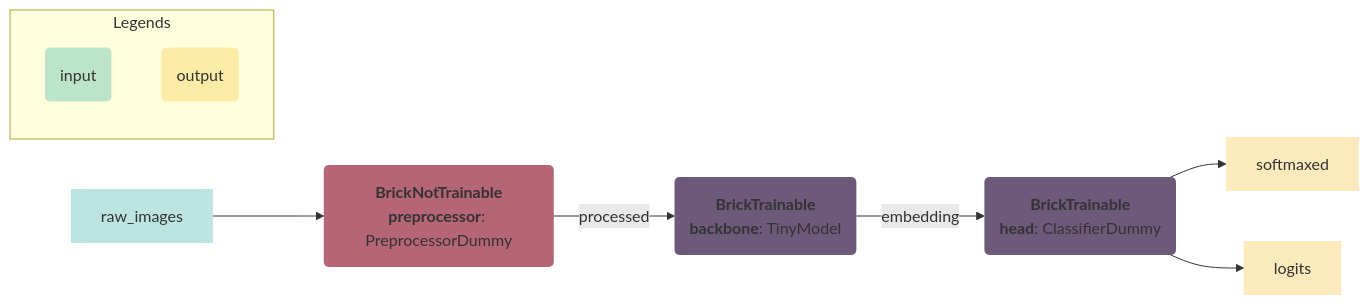
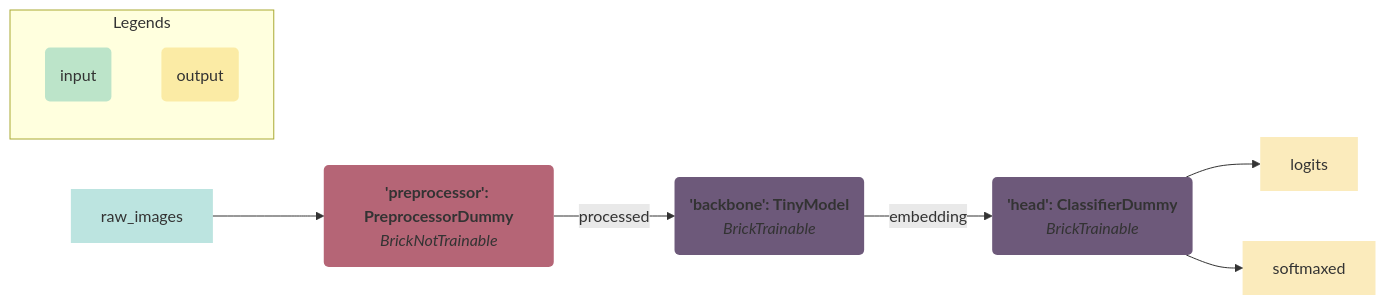
Before and after one commit to pete-machine/torchbricks: the first of 4 diagrams in README.md, drawn with Mermaid. The commit also changed other lines of this file and 7 other files, not shown here.

````diff
--- a/README.md
+++ b/README.md
@@ -111,29 +115,29 @@
 ```mermaid
 flowchart LR
     %% Brick definitions
-    preprocessor("<strong>BrickNotTrainable</strong><br><strong>preprocessor</strong>: PreprocessorDummy"):::BrickNotTrainable
-    backbone("<strong>BrickTrainable</strong><br><strong>backbone</strong>: TinyModel"):::BrickTrainable
-    head("<strong>BrickTrainable</strong><br><strong>head</strong>: ClassifierDummy"):::BrickTrainable
+    preprocessor(<strong>'preprocessor': PreprocessorDummy</strong><br><i>BrickNotTrainable</i>):::BrickNotTrainable
+    backbone(<strong>'backbone': TinyModel</strong><br><i>BrickTrainable</i>):::BrickTrainable
+    head(<strong>'head': ClassifierDummy</strong><br><i>BrickTrainable</i>):::BrickTrainable
     
     %% Draw input and outputs
     raw_images:::input --> preprocessor
     
     %% Draw nodes and edges
     preprocessor --> |processed| backbone
     backbone --> |embedding| head
+    head --> logits:::output
     head --> softmaxed:::output
-    head --> logits:::output
     
     %% Add styling
     classDef arrow stroke-width:0px,fill-opacity:0.0 
     classDef input stroke-width:0px,fill-opacity:0.3,fill:#22A699 
     classDef output stroke-width:0px,fill-opacity:0.3,fill:#F2BE22 
     classDef BrickNotTrainable stroke-width:0px,fill:#B56576 
     classDef BrickTrainable stroke-width:0px,fill:#6D597A 
     
     %% Add legends
     subgraph Legends
         input(input):::input
         output(output):::output
     end
 ```
````
